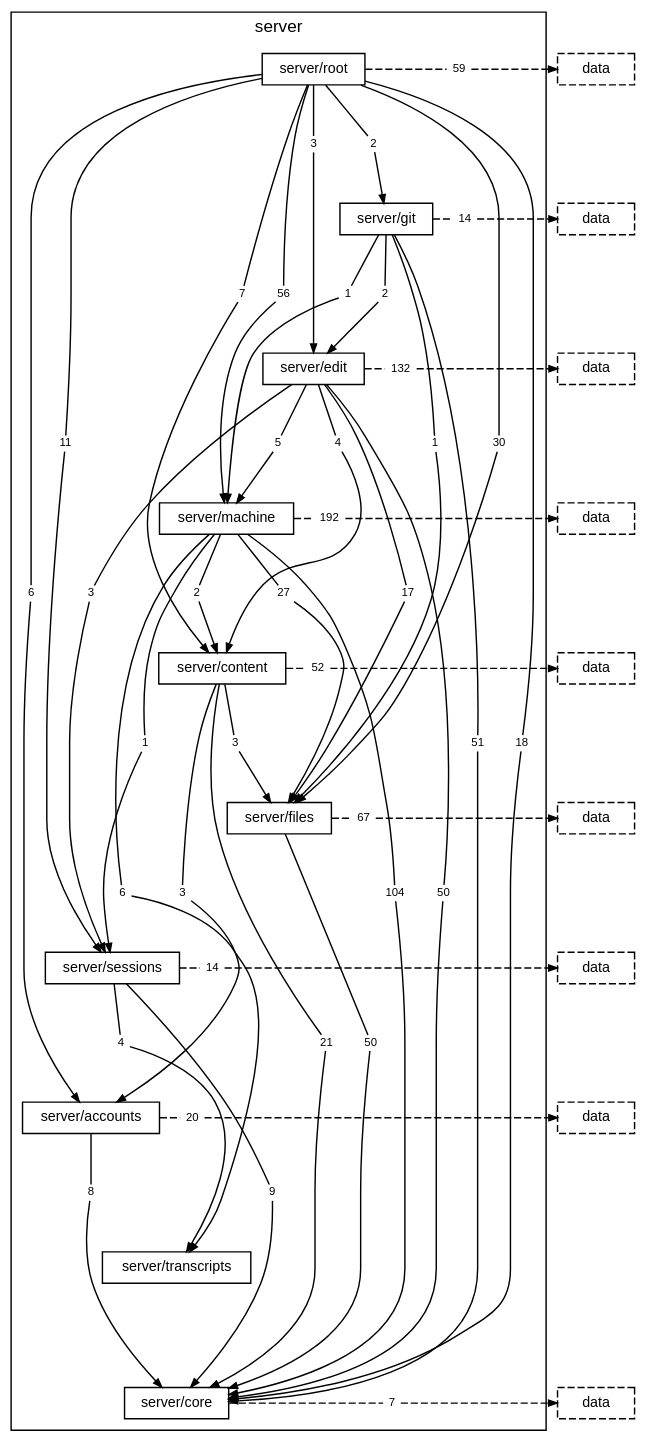
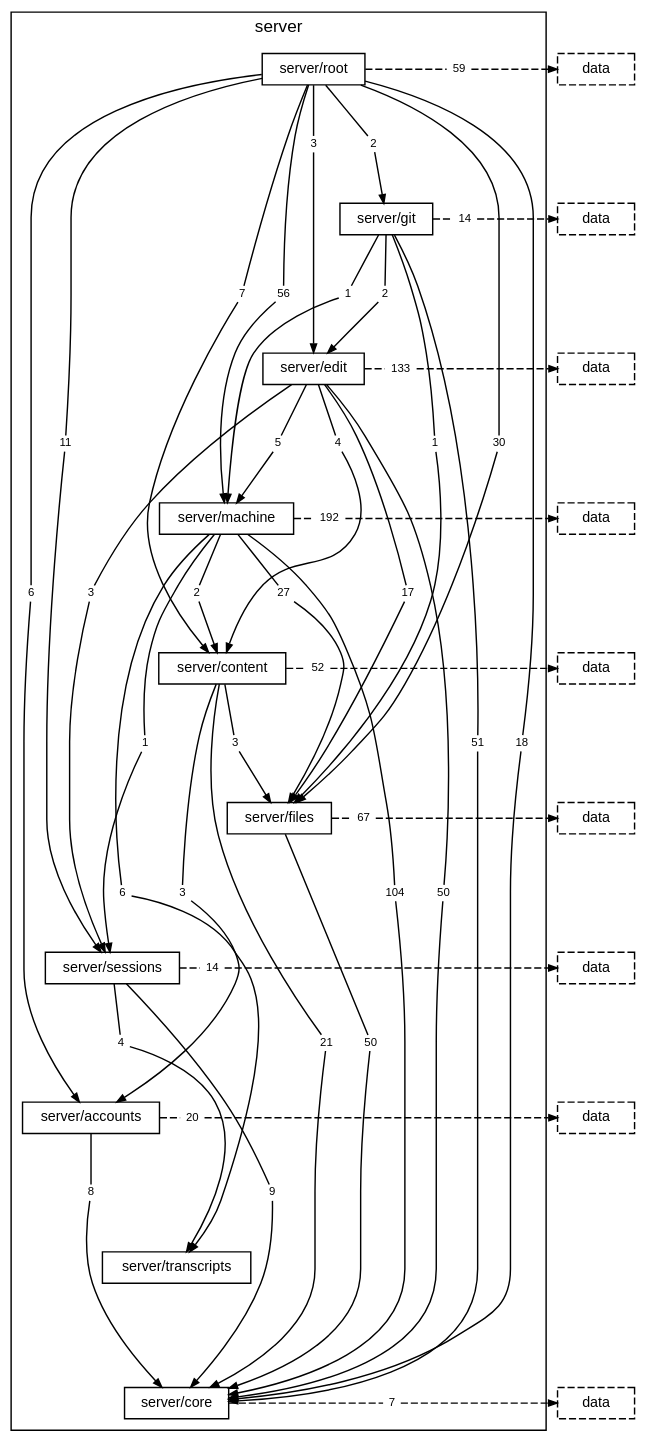
One commit to TheAxeC/oculus changed the diagram in docs/diagrams/layer-server.dot. Above: the diagram before and after it, drawn with Graphviz. The commit also changed 73 other files, not shown here.

```diff
--- a/docs/diagrams/layer-server.dot
+++ b/docs/diagrams/layer-server.dot
@@ -33,7 +33,7 @@
         "folder server/edit to folder server/files" [label="17", shape=box, color="transparent", fontsize=8, width=0, height=0, margin="0.04,0.02"];
         "folder server/edit to folder server/machine" [label="5", shape=box, color="transparent", fontsize=8, width=0, height=0, margin="0.04,0.02"];
         "folder server/edit to folder server/sessions" [label="3", shape=box, color="transparent", fontsize=8, width=0, height=0, margin="0.04,0.02"];
-        "folder server/edit to layer data" [label="132", shape=box, color="transparent", fontsize=8, width=0, height=0, margin="0.04,0.02"];
+        "folder server/edit to layer data" [label="133", shape=box, color="transparent", fontsize=8, width=0, height=0, margin="0.04,0.02"];
         "folder server/machine to folder server/content" [label="2", shape=box, color="transparent", fontsize=8, width=0, height=0, margin="0.04,0.02"];
         "folder server/machine to folder server/core" [label="104", shape=box, color="transparent", fontsize=8, width=0, height=0, margin="0.04,0.02"];
         "folder server/machine to folder server/files" [label="27", shape=box, color="transparent", fontsize=8, width=0, height=0, margin="0.04,0.02"];
```
